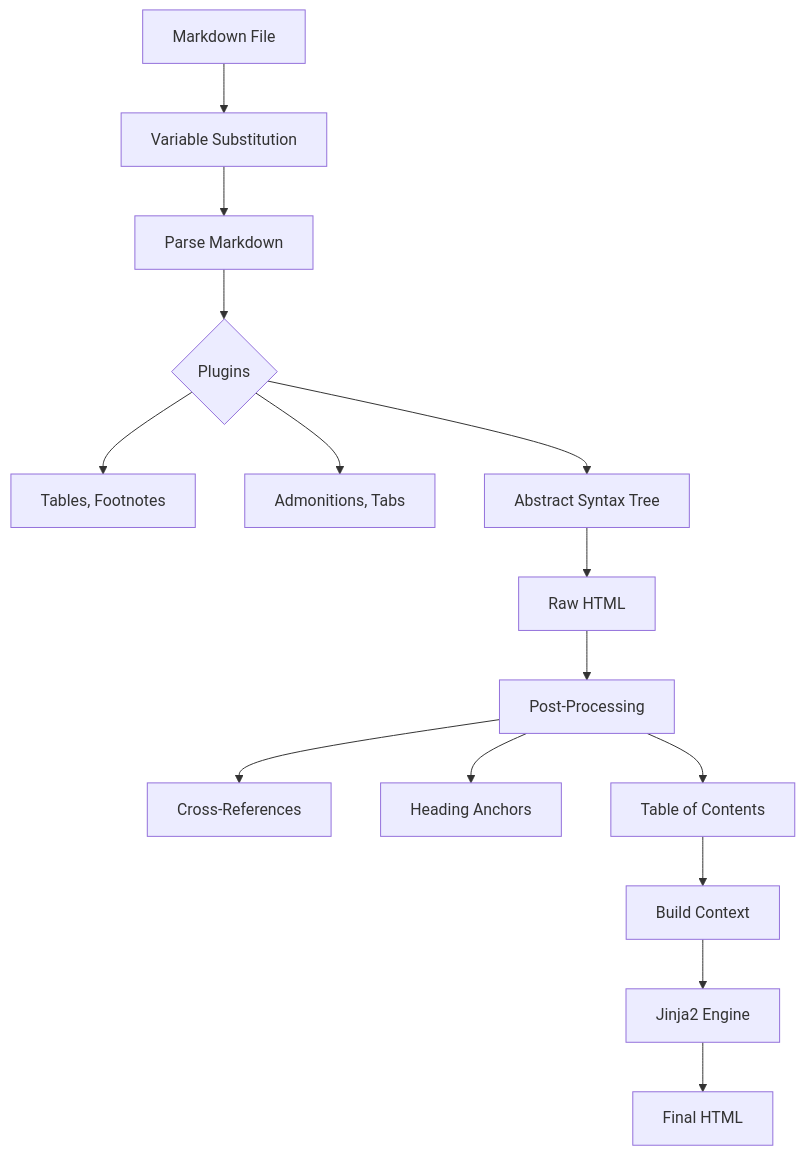
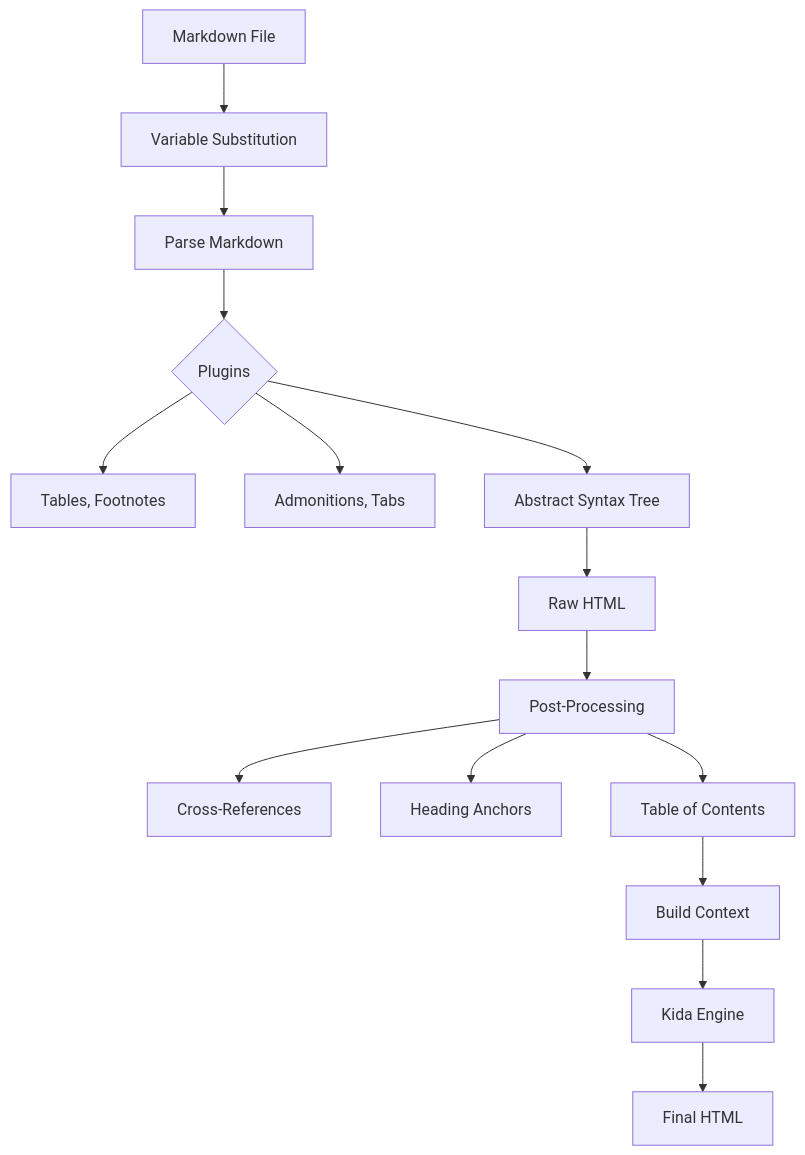
One commit to lbliii/bengal changed the diagram in site/content/docs/reference/architecture/rendering/rendering.md. Above: the diagram before and after it, drawn with Mermaid. The commit also changed other lines of this file and 14 other files, not shown here.

````diff
--- a/site/content/docs/reference/architecture/rendering/rendering.md
+++ b/site/content/docs/reference/architecture/rendering/rendering.md
@@ -41,21 +41,21 @@
 ```mermaid
 flowchart TD
     Start[Markdown File] --> VarSub[Variable Substitution]
     VarSub --> Parse[Parse Markdown]
 
     Parse --> Plugins{Plugins}
     Plugins --> Builtin[Tables, Footnotes]
     Plugins --> Directives[Admonitions, Tabs]
 
     Plugins --> AST[Abstract Syntax Tree]
     AST --> HTML[Raw HTML]
 
     HTML --> PostProc[Post-Processing]
     PostProc --> XRef[Cross-References]
     PostProc --> Anchors[Heading Anchors]
     PostProc --> TOC[Table of Contents]
 
     TOC --> Context[Build Context]
-    Context --> Jinja[Jinja2 Engine]
-    Jinja --> Final[Final HTML]
+    Context --> Kida[Kida Engine]
+    Kida --> Final[Final HTML]
 ```
````
